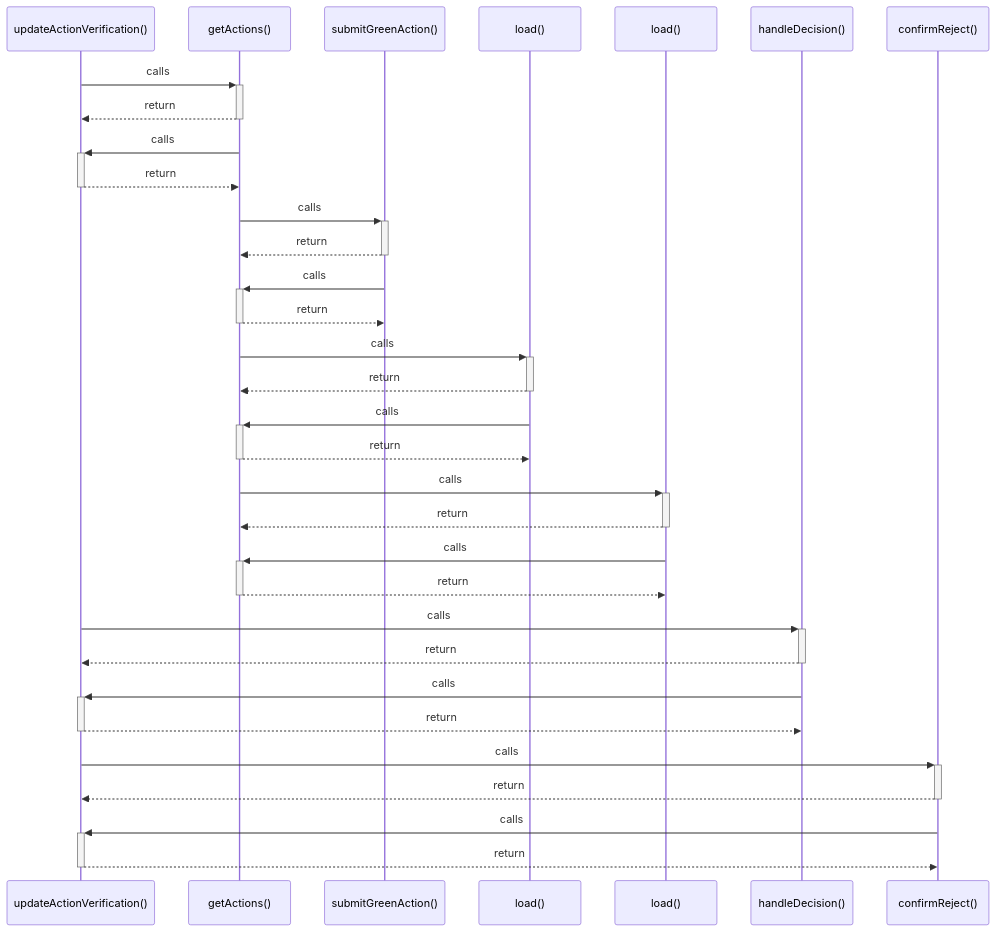
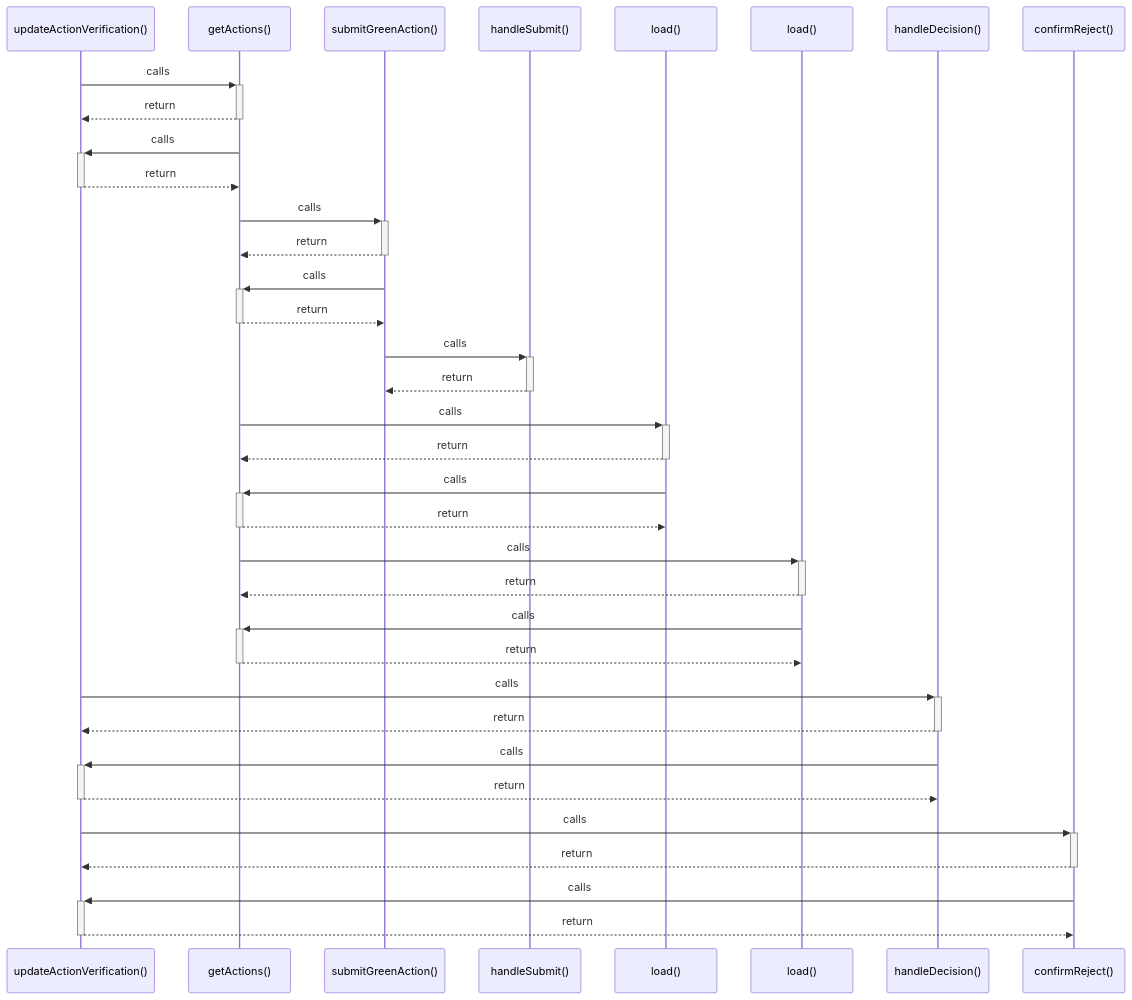
Before and after one commit to FY72X9/i-can-app: the diagram in graphify-out/wiki/updateActionVerification().md, drawn with Mermaid. The commit also changed 35 other files, not shown here.

Commit message:
feat: implement authentication service and UI pages with generated knowledge graph documentation

````diff
--- a/graphify-out/wiki/updateActionVerification().md
+++ b/graphify-out/wiki/updateActionVerification().md
@@ -7,34 +7,37 @@
 ```mermaid
 sequenceDiagram
     participant P0 as updateActionVerification()
     participant P1 as getActions()
     participant P2 as submitGreenAction()
-    participant P3 as load()
+    participant P3 as handleSubmit()
     participant P4 as load()
-    participant P5 as handleDecision()
-    participant P6 as confirmReject()
+    participant P5 as load()
+    participant P6 as handleDecision()
+    participant P7 as confirmReject()
     P0->>+ P1: calls
     P1-->>- P0: return
     P1->>+ P0: calls
     P0-->>- P1: return
     P1->>+ P2: calls
     P2-->>- P1: return
     P2->>+ P1: calls
     P1-->>- P2: return
-    P1->>+ P3: calls
-    P3-->>- P1: return
-    P3->>+ P1: calls
-    P1-->>- P3: return
+    P2->>+ P3: calls
+    P3-->>- P2: return
     P1->>+ P4: calls
     P4-->>- P1: return
     P4->>+ P1: calls
     P1-->>- P4: return
-    P0->>+ P5: calls
-    P5-->>- P0: return
-    P5->>+ P0: calls
-    P0-->>- P5: return
+    P1->>+ P5: calls
+    P5-->>- P1: return
+    P5->>+ P1: calls
+    P1-->>- P5: return
     P0->>+ P6: calls
     P6-->>- P0: return
     P6->>+ P0: calls
     P0-->>- P6: return
+    P0->>+ P7: calls
+    P7-->>- P0: return
+    P7->>+ P0: calls
+    P0-->>- P7: return
 ```
````
